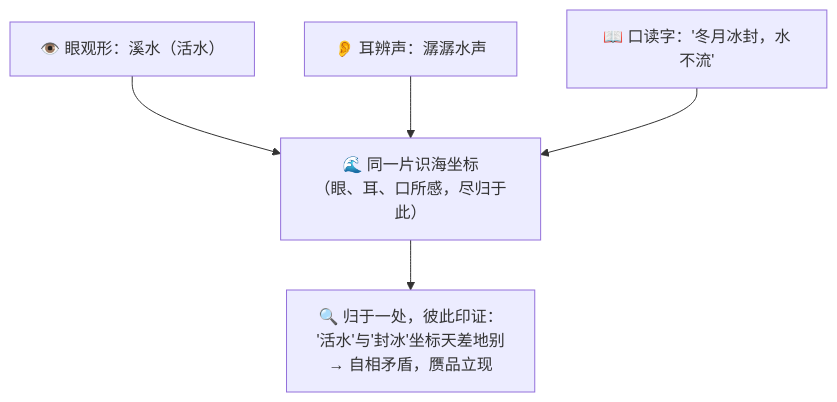
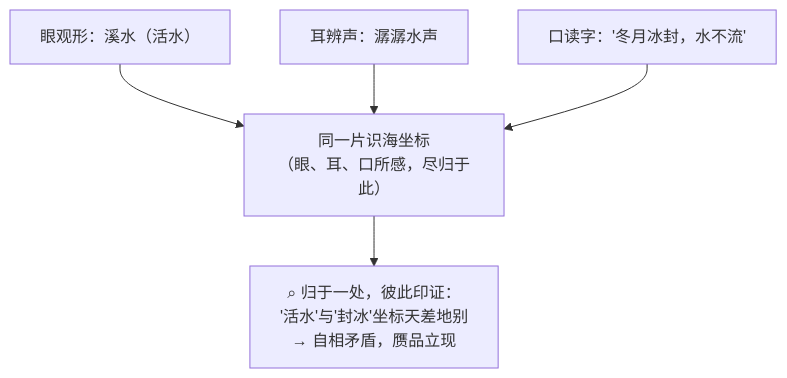
The second of 3 diagrams in docs/09_STORY_修仙学AI/STORY-番外/[STORY-番外-113] 番外14·六识同参·眼耳互通.md (luckykhy/KhyAiHub), drawn with Mermaid before and after one commit. The commit also changed other lines of this file and 19 other files, not shown here.

````diff
--- a/docs/09_STORY_修仙学AI/STORY-番外/[STORY-番外-113] 番外14·六识同参·眼耳互通.md
+++ b/docs/09_STORY_修仙学AI/STORY-番外/[STORY-番外-113] 番外14·六识同参·眼耳互通.md
@@ -71,7 +71,7 @@
 ```mermaid
 flowchart TB
-  SEE["👁️ 眼观形：溪水（活水）"] --> HAI["🌊 同一片识海坐标<br/>（眼、耳、口所感，尽归于此）"]
-  HEAR["👂 耳辨声：潺潺水声"] --> HAI
-  READ["📖 口读字：'冬月冰封，水不流'"] --> HAI
-  HAI --> JUDGE["🔍 归于一处，彼此印证：<br/>'活水'与'封冰'坐标天差地别<br/>→ 自相矛盾，赝品立现"]
+  SEE["眼观形：溪水（活水）"] --> HAI["同一片识海坐标<br/>（眼、耳、口所感，尽归于此）"]
+  HEAR["耳辨声：潺潺水声"] --> HAI
+  READ["口读字：'冬月冰封，水不流'"] --> HAI
+  HAI --> JUDGE["⌕ 归于一处，彼此印证：<br/>'活水'与'封冰'坐标天差地别<br/>→ 自相矛盾，赝品立现"]
 ```
````
